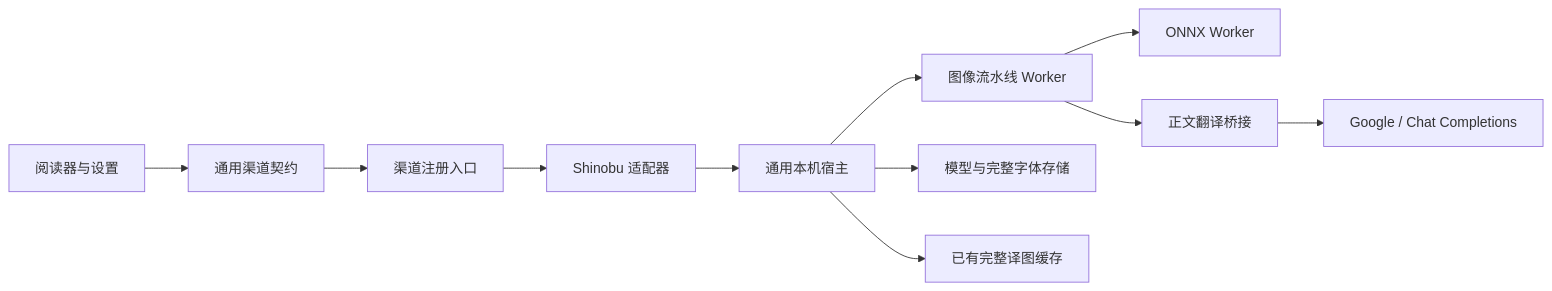
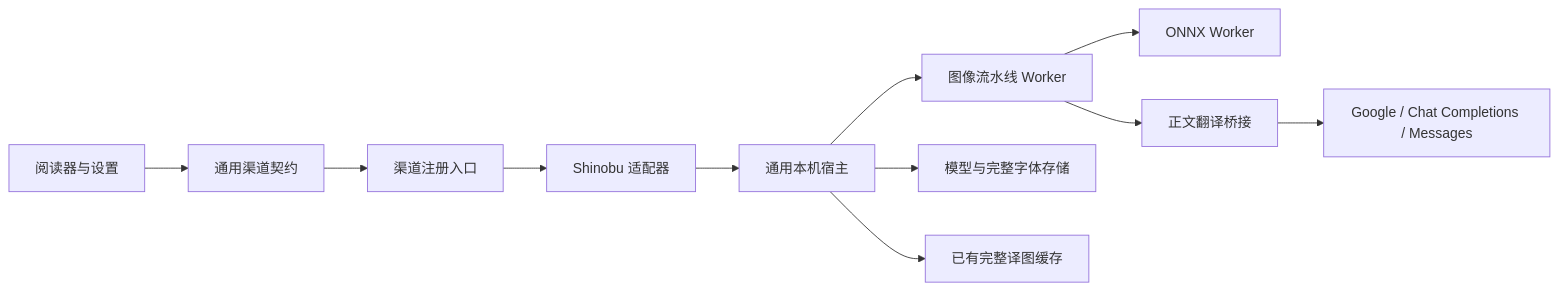
The diagram in docs/SHINOBU_TRANSLATION_DESIGN.md (Wy2926/node-comics), drawn with Mermaid before and after one commit. The commit also changed other lines of this file and 30 other files, not shown here.

````diff
--- a/docs/SHINOBU_TRANSLATION_DESIGN.md
+++ b/docs/SHINOBU_TRANSLATION_DESIGN.md
@@ -40,13 +40,13 @@
 ```mermaid
 flowchart LR
   U[阅读器与设置] --> C[通用渠道契约]
   C --> R[渠道注册入口]
   R --> S[Shinobu 适配器]
   S --> H[通用本机宿主]
   H --> W[图像流水线 Worker]
   W --> O[ONNX Worker]
   W --> T[正文翻译桥接]
-  T --> G[Google / Chat Completions]
+  T --> G[Google / Chat Completions / Messages]
   H --> A[模型与完整字体存储]
   H --> B[已有完整译图缓存]
 ```
````
